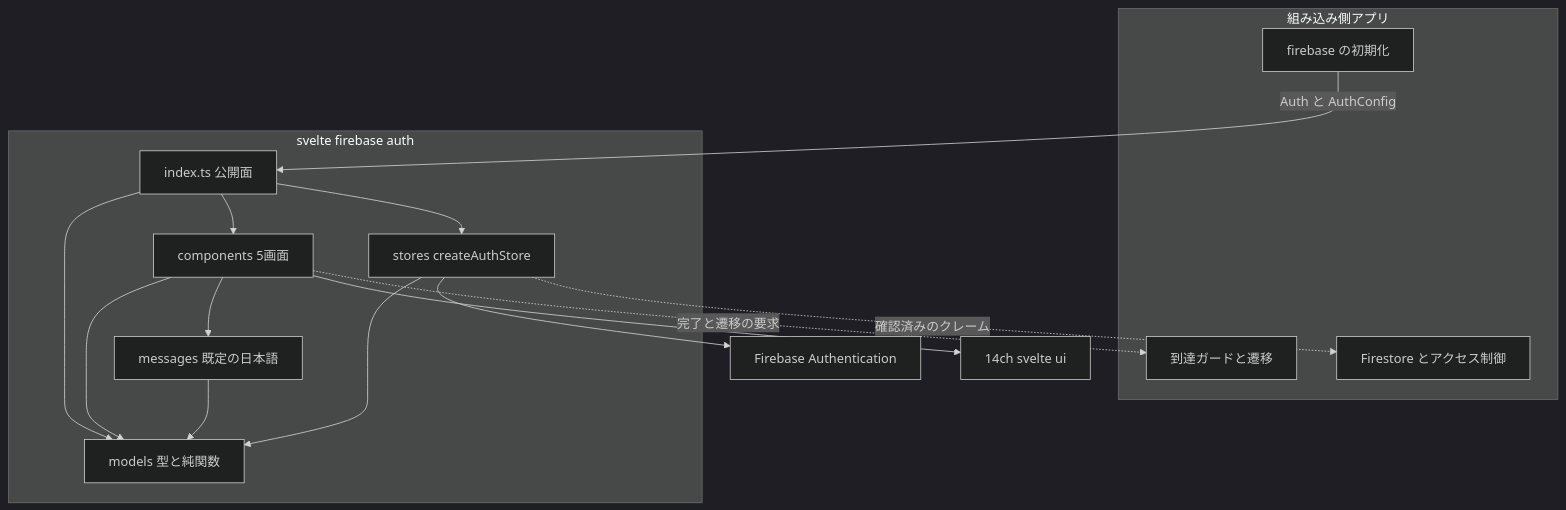
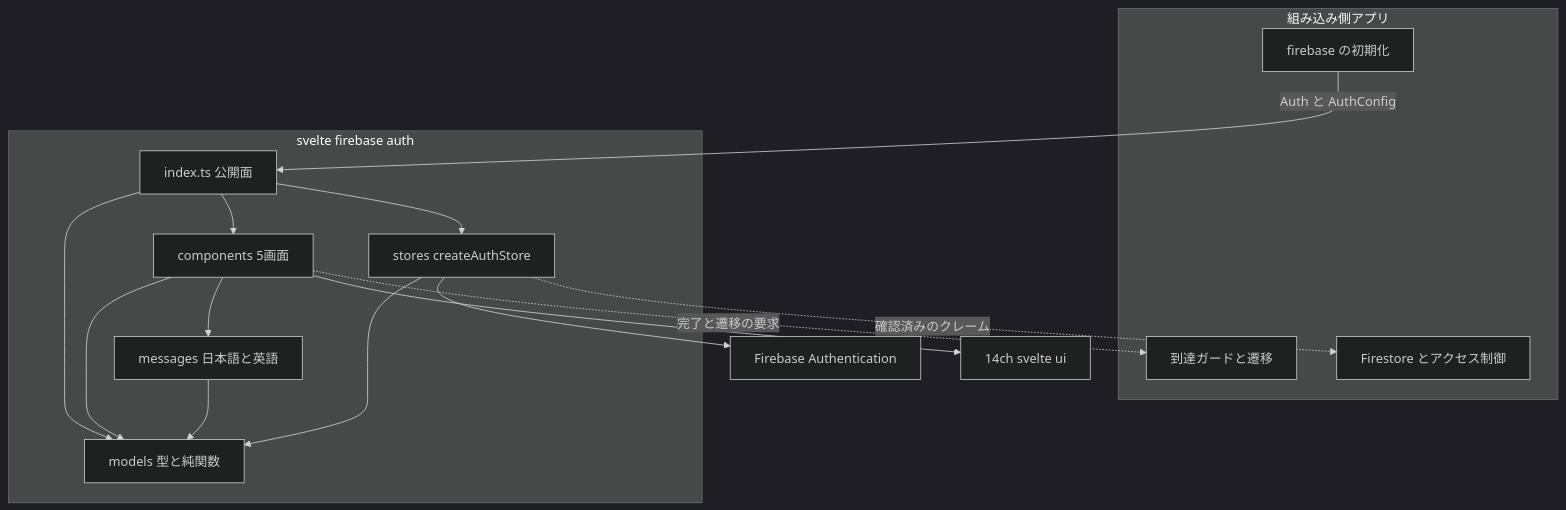
Before and after one commit to iyodatakashi/svelte-firebase-auth: the first of 4 diagrams in .kiro/specs/auth-store-and-screens/design.md, drawn with Mermaid (dark theme). The commit also changed other lines of this file and 15 other files, not shown here.

````diff
--- a/.kiro/specs/auth-store-and-screens/design.md
+++ b/.kiro/specs/auth-store-and-screens/design.md
@@ -70,32 +70,32 @@
 ```mermaid
 graph TB
     subgraph Host[組み込み側アプリ]
         Init[firebase の初期化]
         Guard[到達ガードと遷移]
         Rules[Firestore とアクセス制御]
     end
 
     subgraph Lib[svelte firebase auth]
         Index[index.ts 公開面]
         Components[components 5画面]
         Stores[stores createAuthStore]
-        Messages[messages 既定の日本語]
+        Messages[messages 日本語と英語]
         Models[models 型と純関数]
     end
 
     FirebaseAuth[Firebase Authentication]
     UI[14ch svelte ui]
 
     Init -->|Auth と AuthConfig| Index
     Index --> Components
     Index --> Stores
     Index --> Models
     Components --> Messages
     Components --> Models
     Components --> UI
     Messages --> Models
     Stores --> Models
     Stores --> FirebaseAuth
     Components -.->|完了と遷移の要求| Guard
     Stores -.->|確認済みのクレーム| Rules
 ```
````
